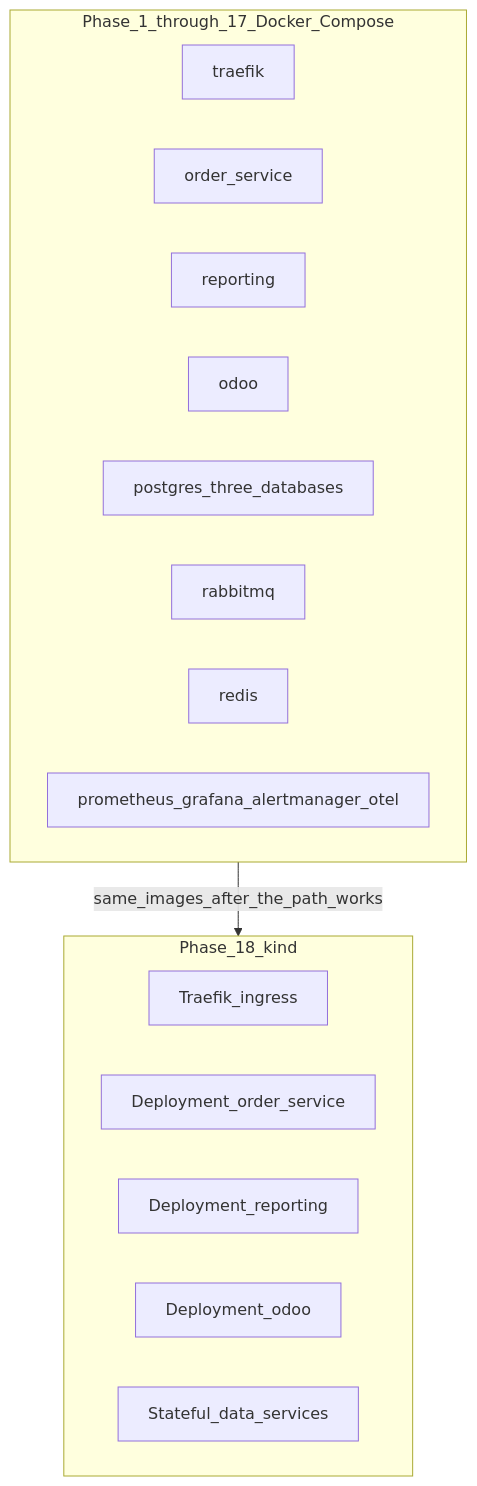
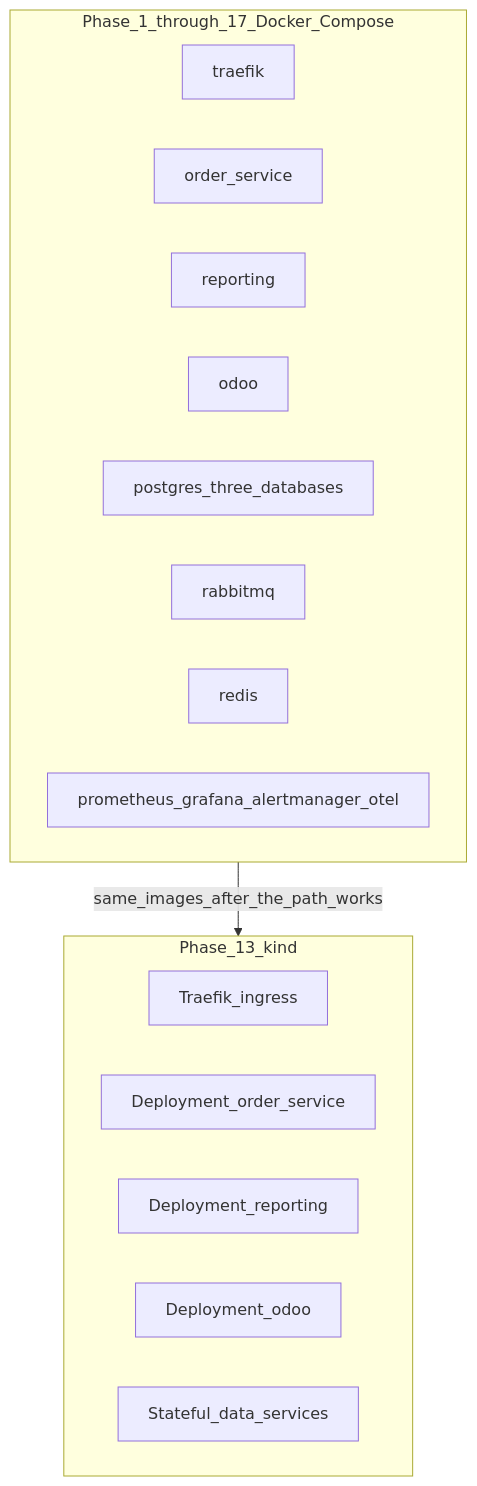
The sixth of 7 diagrams in Distributed/docs/architecture.md (salehewais/senior), drawn with Mermaid before and after one commit. The commit also changed other lines of this file and 45 other files, not shown here.

````diff
--- a/Distributed/docs/architecture.md
+++ b/Distributed/docs/architecture.md
@@ -251,23 +251,23 @@
 ```mermaid
 flowchart TB
   subgraph compose [Phase_1_through_17_Docker_Compose]
     c_gw[traefik]
     c_api[order_service]
     c_rep[reporting]
     c_odoo[odoo]
     c_pg[postgres_three_databases]
     c_mq[rabbitmq]
     c_redis[redis]
     c_obs[prometheus_grafana_alertmanager_otel]
   end
 
-  subgraph kindcluster [Phase_18_kind]
+  subgraph kindcluster [Phase_13_kind]
     k_ing[Traefik_ingress]
     k_api[Deployment_order_service]
     k_rep[Deployment_reporting]
     k_odoo[Deployment_odoo]
     k_data[Stateful_data_services]
   end
 
   compose -->|same_images_after_the_path_works| kindcluster
 ```
````
